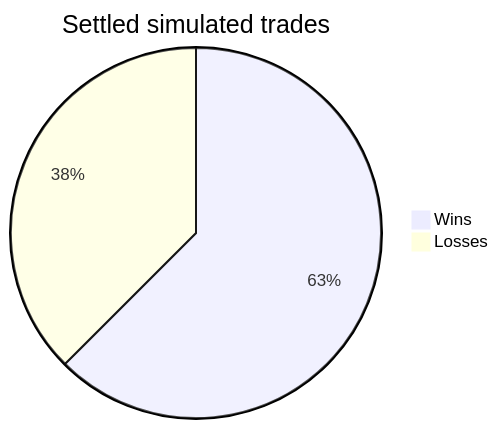
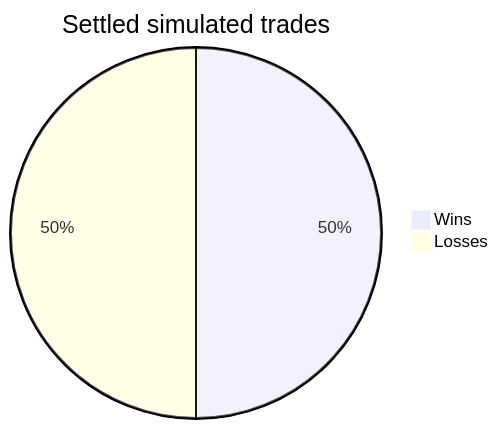
The diagram in docs/bots/btc_momentum.md (cheeseonamonkey/PaperLab), drawn with Mermaid before and after one commit. The commit also changed other lines of this file and 34 other files, not shown here.

````diff
--- a/docs/bots/btc_momentum.md
+++ b/docs/bots/btc_momentum.md
@@ -22,5 +22,5 @@
 ```mermaid
 pie title Settled simulated trades
     "Wins" : 5
-    "Losses" : 3
+    "Losses" : 5
 ```
````
